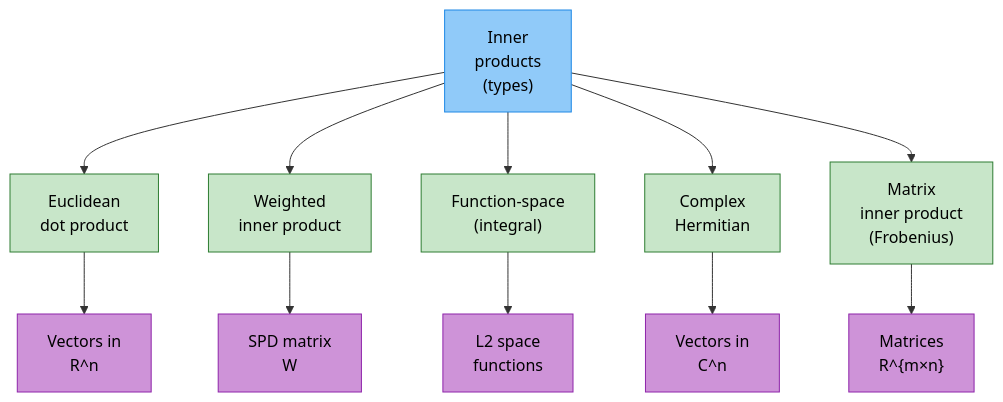
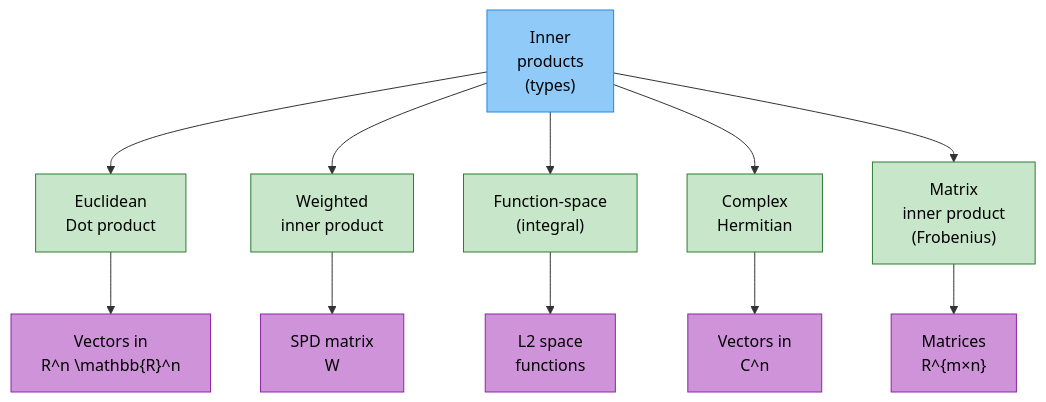
Before and after one commit to arshadhs/arshadhs.github.io: the diagram in content/docs/ai/maths/010-linear-algebra/02-vector-spaces/040-inner-products.md, drawn with Mermaid. The commit also changed other lines of this file, not shown here.

```diff
--- a/content/docs/ai/maths/010-linear-algebra/02-vector-spaces/040-inner-products.md
+++ b/content/docs/ai/maths/010-linear-algebra/02-vector-spaces/040-inner-products.md
@@ -20,28 +19,28 @@
 {{< mermaid >}}
 flowchart TD
-T["Inner<br/>products<br/>(types)"] --> DOT["Euclidean<br/>dot product"]
+T["Inner<br/>products<br/>(types)"] --> DOT["Euclidean<br/>Dot product"]
 T --> WIP["Weighted<br/>inner product"]
 T --> FN["Function-space<br/>(integral)"]
 T --> HERM["Complex<br/>Hermitian"]
 T --> MAT["Matrix<br/>inner product<br/>(Frobenius)"]
 
-DOT --> Rn["Vectors in<br/>R^n"]
+DOT --> Rn["Vectors in<br/>R^n \mathbb{R}^n"]
 WIP --> SPD["SPD matrix<br/>W"]
 FN --> L2["L2 space<br/>functions"]
 HERM --> Cn["Vectors in<br/>C^n"]
 MAT --> Mnm["Matrices<br/>R^{m×n}"]
 
 style T fill:#90CAF9,stroke:#1E88E5,color:#000
 
 style DOT fill:#C8E6C9,stroke:#2E7D32,color:#000
 style WIP fill:#C8E6C9,stroke:#2E7D32,color:#000
 style FN fill:#C8E6C9,stroke:#2E7D32,color:#000
 style HERM fill:#C8E6C9,stroke:#2E7D32,color:#000
 style MAT fill:#C8E6C9,stroke:#2E7D32,color:#000
 
 style Rn fill:#CE93D8,stroke:#8E24AA,color:#000
 style SPD fill:#CE93D8,stroke:#8E24AA,color:#000
 style L2 fill:#CE93D8,stroke:#8E24AA,color:#000
 style Cn fill:#CE93D8,stroke:#8E24AA,color:#000
 style Mnm fill:#CE93D8,stroke:#8E24AA,color:#000
 {{< /mermaid >}}
```
